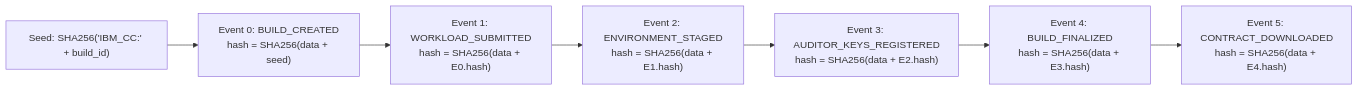
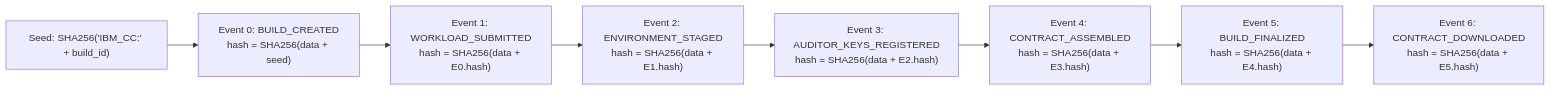
Before and after one commit to Sashwat-K/persona-based-contract-generator: the third of 3 diagrams in Design/1-high-level-design.md, drawn with Mermaid. The commit also changed other lines of this file and 8 other files, not shown here.

````diff
--- a/Design/1-high-level-design.md
+++ b/Design/1-high-level-design.md
@@ -535,10 +546,11 @@
 ```mermaid
 flowchart LR
     S["Seed: SHA256('IBM_CC:' + build_id)"] --> E0
     E0["Event 0: BUILD_CREATED\nhash = SHA256(data + seed)"] --> E1
     E1["Event 1: WORKLOAD_SUBMITTED\nhash = SHA256(data + E0.hash)"] --> E2
     E2["Event 2: ENVIRONMENT_STAGED\nhash = SHA256(data + E1.hash)"] --> E3
     E3["Event 3: AUDITOR_KEYS_REGISTERED\nhash = SHA256(data + E2.hash)"] --> E4
-    E4["Event 4: BUILD_FINALIZED\nhash = SHA256(data + E3.hash)"] --> E5
-    E5["Event 5: CONTRACT_DOWNLOADED\nhash = SHA256(data + E4.hash)"]
+    E4["Event 4: CONTRACT_ASSEMBLED\nhash = SHA256(data + E3.hash)"] --> E5
+    E5["Event 5: BUILD_FINALIZED\nhash = SHA256(data + E4.hash)"] --> E6
+    E6["Event 6: CONTRACT_DOWNLOADED\nhash = SHA256(data + E5.hash)"]
 ```
````
